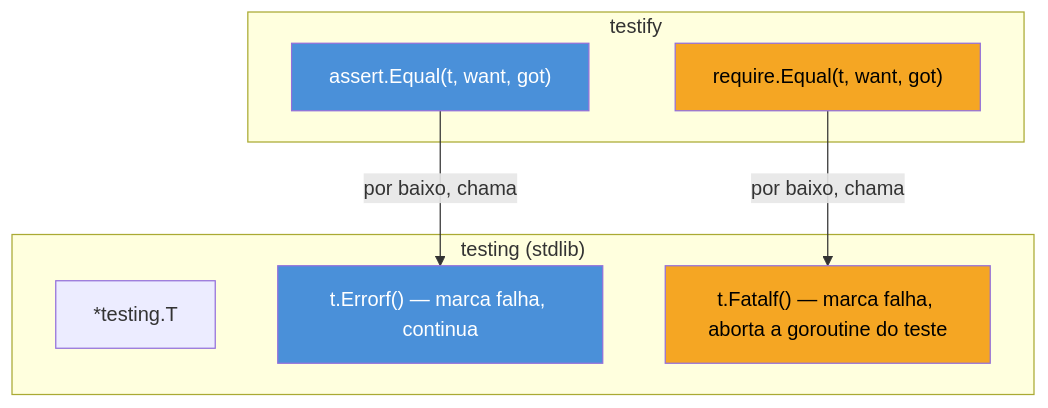
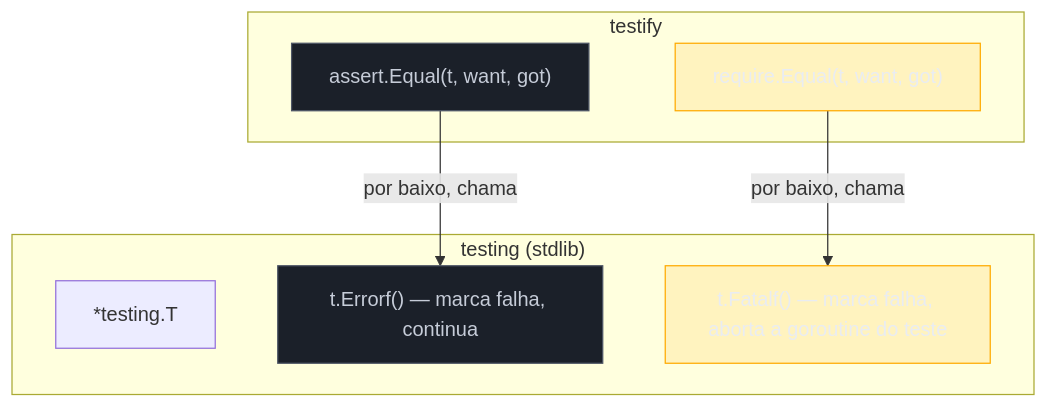
Before and after one commit to josenaldo/codex-technomanticus: the diagram in 03-Dominios/Tecnologia/Go/15 - Testes/03 - Testify e asserções.md, drawn with Mermaid. The commit also changed 1181 other files, not shown here.

First line of the commit message:
fix(diagramas): paleta do sistema no lugar de cor cravada no markdown

````diff
--- a/03-Dominios/Tecnologia/Go/15 - Testes/03 - Testify e asserções.md
+++ b/03-Dominios/Tecnologia/Go/15 - Testes/03 - Testify e asserções.md
@@ -68,20 +68,22 @@
 ```mermaid
 flowchart TB
+    classDef neutro fill:#1B2029,stroke:#4E5666,color:#C6CCD8
+    classDef destaque fill:#FFAA0024,stroke:#FFAA00,color:#E9ECF2
     subgraph Stdlib["testing (stdlib)"]
         T["*testing.T"]
         TE["t.Errorf() — marca falha, continua"]
         TF["t.Fatalf() — marca falha, aborta a goroutine do teste"]
     end
     subgraph Testify["testify"]
         A["assert.Equal(t, want, got)"]
         R["require.Equal(t, want, got)"]
     end
 
     A -->|"por baixo, chama"| TE
     R -->|"por baixo, chama"| TF
 
-    style A fill:#4A90D9,color:#fff
-    style R fill:#F5A623,color:#000
-    style TE fill:#4A90D9,color:#fff
-    style TF fill:#F5A623,color:#000
+    class A neutro
+    class R destaque
+    class TE neutro
+    class TF destaque
 ```
````
